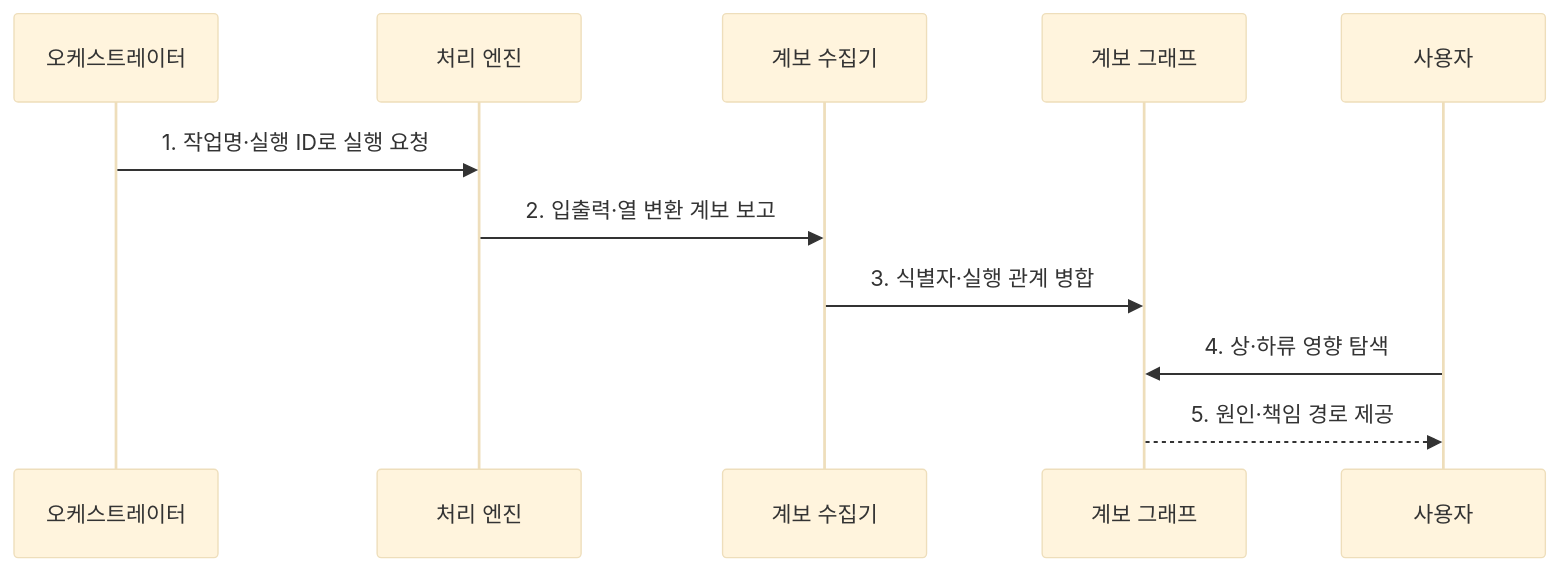
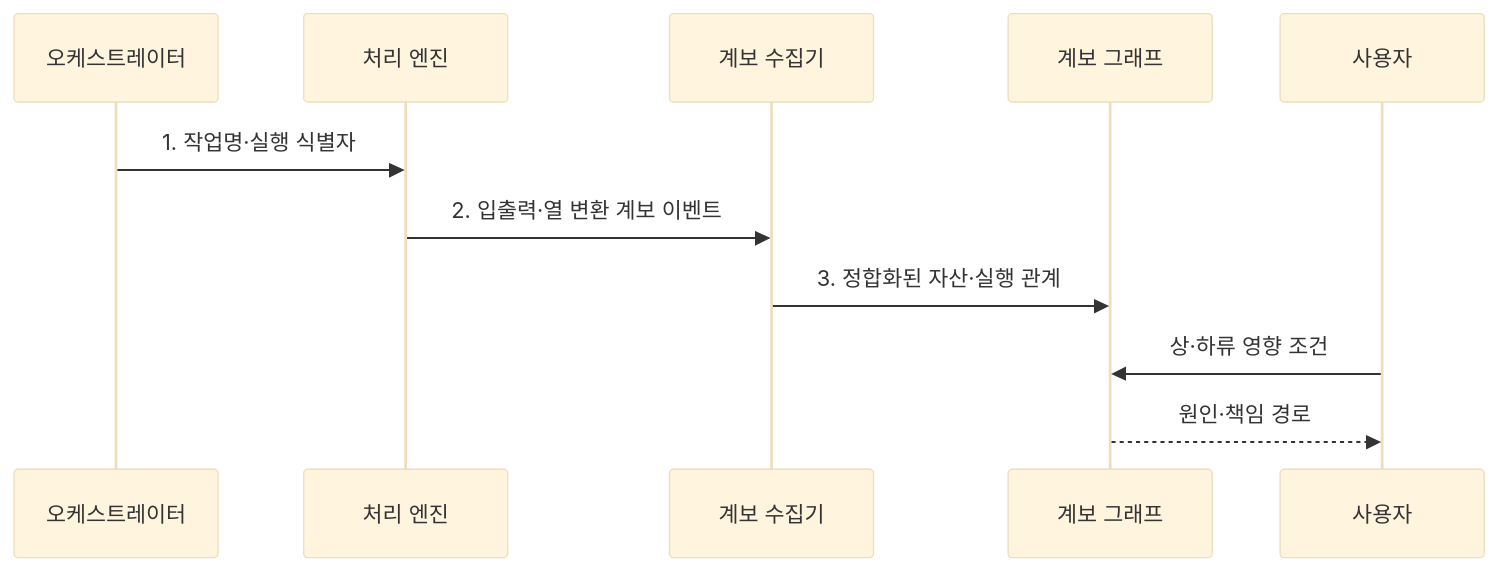
One commit to agnusdei1207/knowledge-base changed the second of 2 diagrams in src/content/docs/notes/03-software/134_data_lineage.md. Above: the diagram before and after it, drawn with Mermaid (base theme). The commit also changed other lines of this file and 20 other files, not shown here.

````diff
--- a/src/content/docs/notes/03-software/134_data_lineage.md
+++ b/src/content/docs/notes/03-software/134_data_lineage.md
@@ -82,13 +89,13 @@
 ```mermaid
 sequenceDiagram
     participant O as 오케스트레이터
     participant E as 처리 엔진
     participant C as 계보 수집기
     participant G as 계보 그래프
     participant U as 사용자
-    O->>E: 1. 작업명·실행 ID로 실행 요청
-    E->>C: 2. 입출력·열 변환 계보 보고
-    C->>G: 3. 식별자·실행 관계 병합
-    U->>G: 4. 상·하류 영향 탐색
-    G-->>U: 5. 원인·책임 경로 제공
+    O->>E: 1. 작업명·실행 식별자
+    E->>C: 2. 입출력·열 변환 계보 이벤트
+    C->>G: 3. 정합화된 자산·실행 관계
+    U->>G: 상·하류 영향 조건
+    G-->>U: 원인·책임 경로
 ```
````
